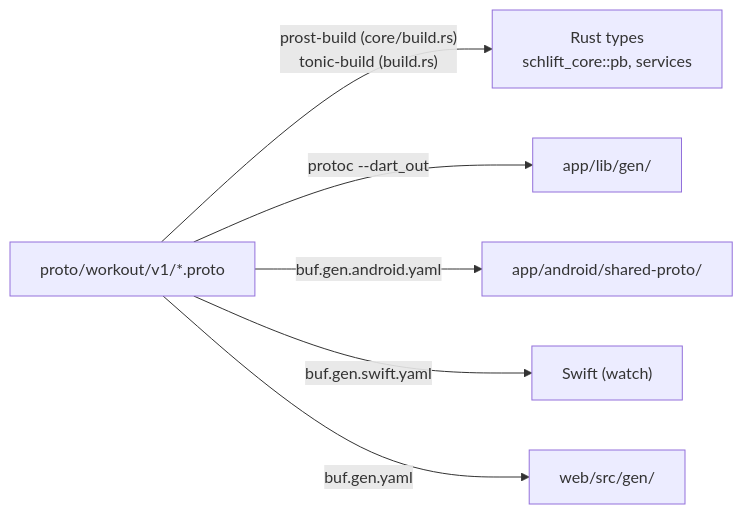
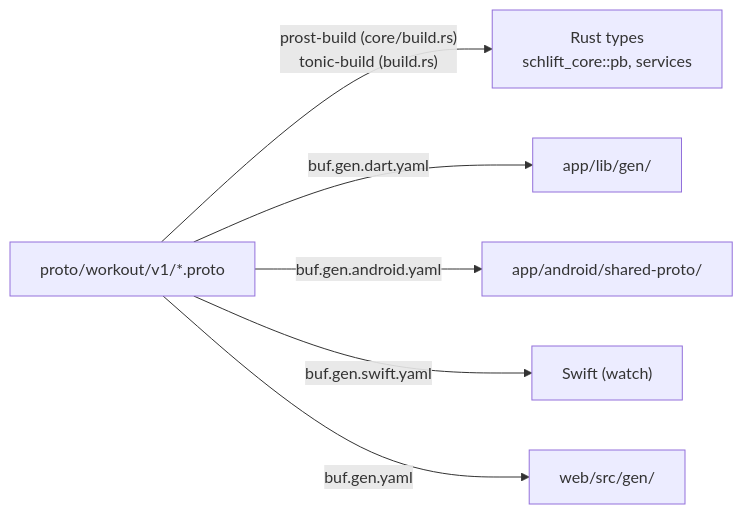
The second of 4 diagrams in docs/architecture/overview.md (brensch/lift), drawn with Mermaid before and after one commit. The commit also changed other lines of this file and 294 other files, not shown here.

````diff
--- a/docs/architecture/overview.md
+++ b/docs/architecture/overview.md
@@ -83,9 +83,9 @@
 ```mermaid
 graph LR
     proto["proto/workout/v1/*.proto"]
     proto -->|"prost-build (core/build.rs)<br/>tonic-build (build.rs)"| rust["Rust types<br/>schlift_core::pb, services"]
-    proto -->|"protoc --dart_out"| dart["app/lib/gen/"]
+    proto -->|"buf.gen.dart.yaml"| dart["app/lib/gen/"]
     proto -->|"buf.gen.android.yaml"| java["app/android/shared-proto/"]
     proto -->|"buf.gen.swift.yaml"| swift["Swift (watch)"]
     proto -->|"buf.gen.yaml"| ts["web/src/gen/"]
 ```
````
